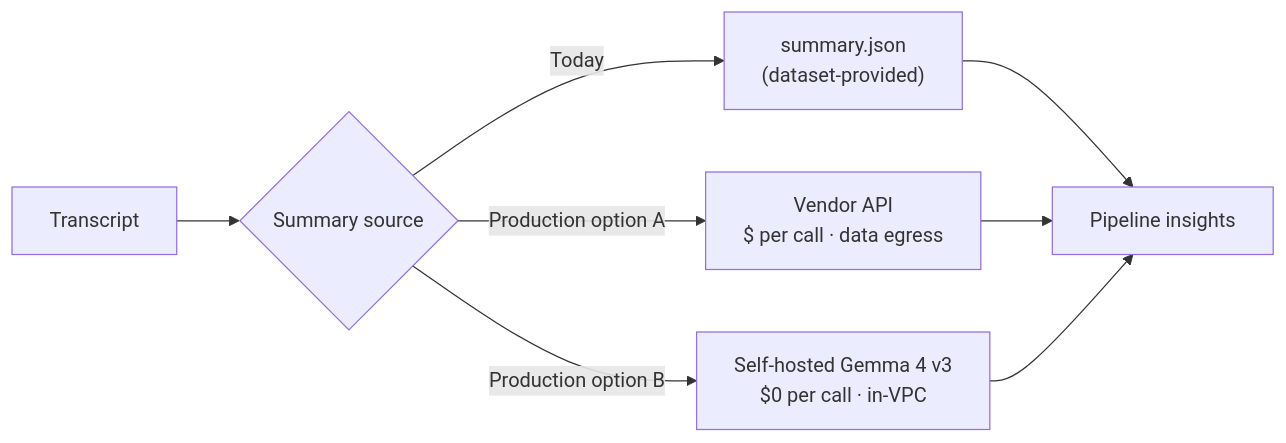
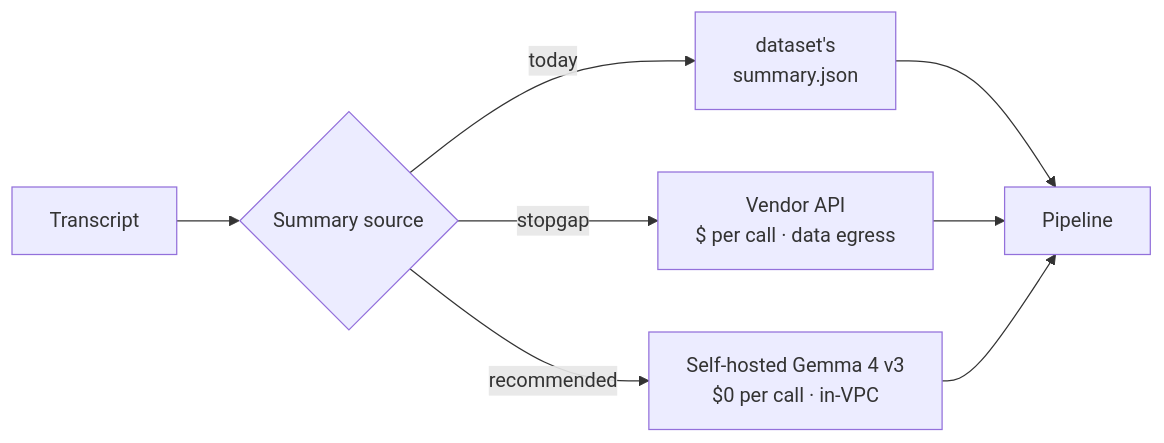
Before and after one commit to r2st/rubrik: the first of 2 diagrams in docs/APPROACH.md, drawn with Mermaid. The commit also changed other lines of this file and 6 other files, not shown here.

````diff
--- a/docs/APPROACH.md
+++ b/docs/APPROACH.md
@@ -270,11 +99,10 @@
 ```mermaid
 flowchart LR
     Trans[Transcript] --> Pipe{Summary source}
-    Pipe -->|Today| Gold["summary.json<br/>(dataset-provided)"]
-    Pipe -->|Production option A| Vendor["Vendor API<br/>$ per call · data egress"]
-    Pipe -->|Production option B| Gemma["Self-hosted Gemma 4 v3<br/>$0 per call · in-VPC"]
-
-    Gold --> Insights[Pipeline insights]
+    Pipe -->|today| Gold["dataset's<br/>summary.json"]
+    Pipe -->|stopgap| Vendor["Vendor API<br/>$ per call · data egress"]
+    Pipe -->|recommended| Gemma["Self-hosted Gemma 4 v3<br/>$0 per call · in-VPC"]
+    Gold --> Insights[Pipeline]
     Vendor --> Insights
     Gemma --> Insights
 ```
````
